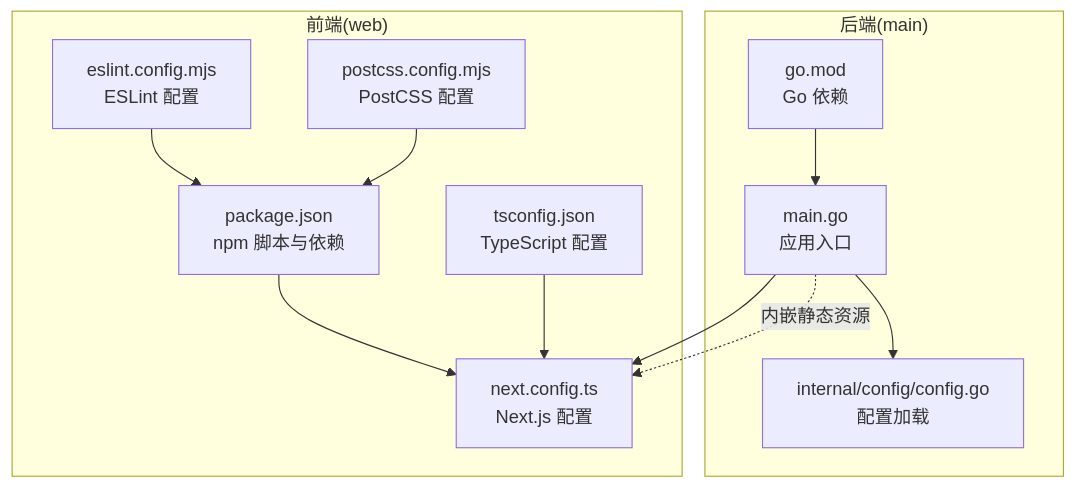
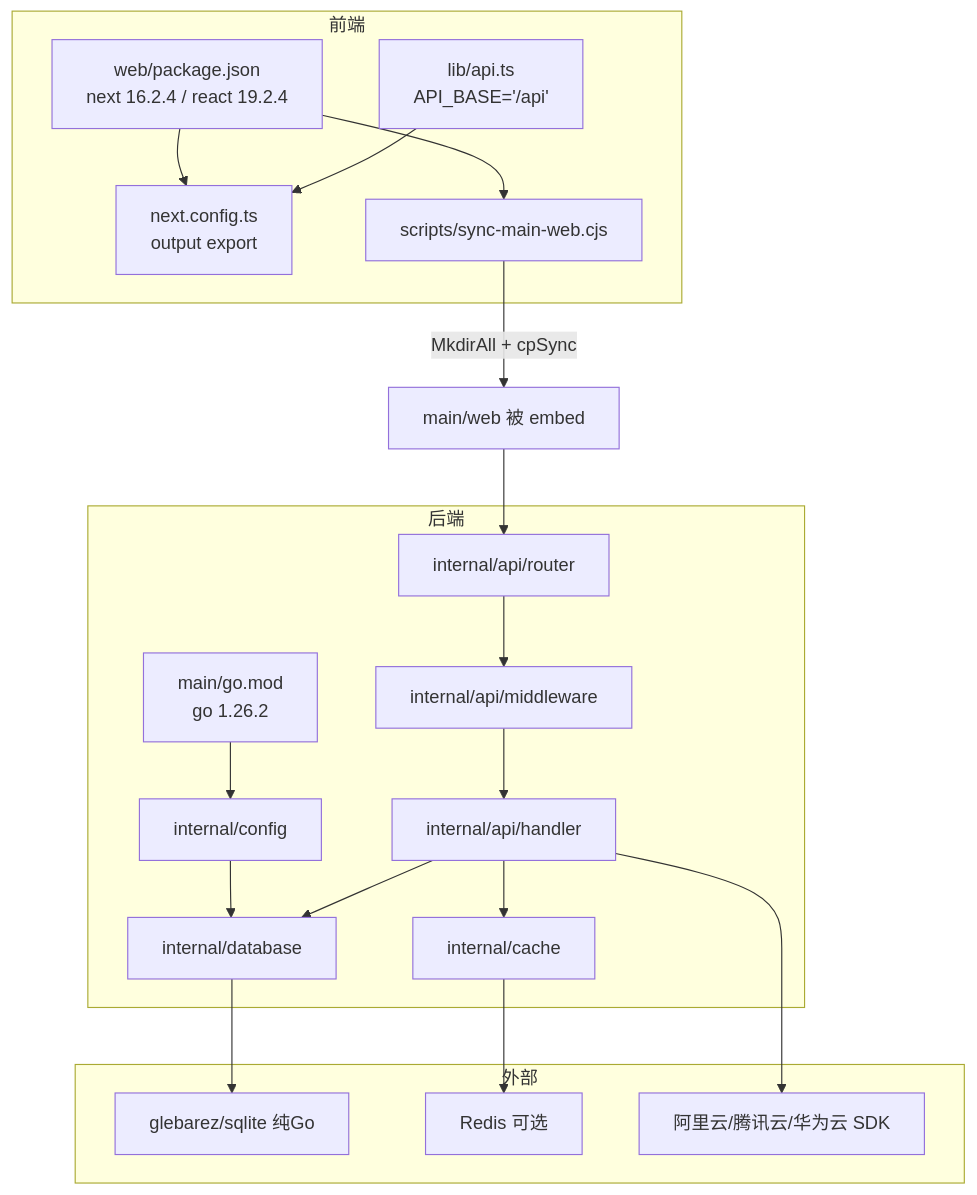
Before and after one commit to x01n/dnsplane: the fifth of 5 diagrams in docs/部署运维/开发环境搭建.md, drawn with Mermaid. The commit also changed other lines of this file and 326 other files, not shown here.

````diff
--- a/docs/部署运维/开发环境搭建.md
+++ b/docs/部署运维/开发环境搭建.md
@@ -46,23 +550,37 @@
 ```mermaid
-graph TB
-subgraph "后端(main)"
-MMain["main.go<br/>应用入口"]
-MConf["internal/config/config.go<br/>配置加载"]
-MGoMod["go.mod<br/>Go 依赖"]
+graph TD
+subgraph 前端
+WP["web/package.json<br/>next 16.2.4 / react 19.2.4"]
+NC["next.config.ts<br/>output export"]
+AP["lib/api.ts<br/>API_BASE='/api'"]
+SC["scripts/sync-main-web.cjs"]
 end
-subgraph "前端(web)"
-WNext["next.config.ts<br/>Next.js 配置"]
-WPkg["package.json<br/>npm 脚本与依赖"]
-WTsc["tsconfig.json<br/>TypeScript 配置"]
-WLint["eslint.config.mjs<br/>ESLint 配置"]
-WPost["postcss.config.mjs<br/>PostCSS 配置"]
+subgraph 后端
+GM["main/go.mod<br/>go 1.26.2"]
+CFG["internal/config"]
+DBS["internal/database"]
+CAC["internal/cache"]
+RT["internal/api/router"]
+MW["internal/api/middleware"]
+HD["internal/api/handler"]
 end
-MMain --> MConf
-MMain --> WNext
-MMain -. 内嵌静态资源 .-> WNext
-MGoMod --> MMain
-WPkg --> WNext
-WTsc --> WNext
-WLint --> WPkg
-WPost --> WPkg
+subgraph 外部
+SQLI["glebarez/sqlite 纯Go"]
+RDS["Redis 可选"]
+TC["阿里云/腾讯云/华为云 SDK"]
+end
+WP --> NC
+AP --> NC
+WP --> SC
+SC -->|MkdirAll + cpSync|EM["main/web 被 embed"]
+EM --> RT
+GM --> CFG
+CFG --> DBS
+DBS --> SQLI
+CAC --> RDS
+RT --> MW
+MW --> HD
+HD --> DBS
+HD --> CAC
+HD --> TC
 ```
````
